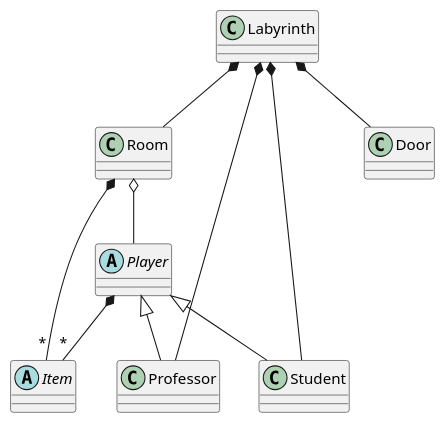
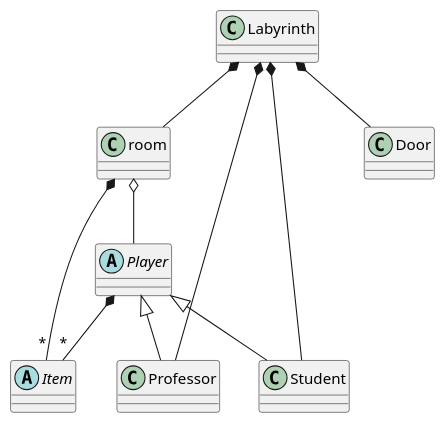
The diagram in docs/classdiagram.puml (jajecnikmarci/ProjLab), drawn with PlantUML before and after one commit. The commit also changed 17 other files, not shown here.

```diff
--- a/docs/classdiagram.puml
+++ b/docs/classdiagram.puml
@@ -1,38 +1,38 @@
 @startuml Main 
 ' !theme cerulean-outline
 
 
 class Labyrinth {
 
 }
-class Room {
+class room {
 }
 class Door {
 }
-Labyrinth *-- Room
+Labyrinth *-- room
 Labyrinth *-- Door
 
 abstract Item {
 
 }
 
 abstract Player {
 
 }
 class Professor extends Player {}
 class Student extends Player {}
 
 ' Relationships
 
-Room *-- "*" Item
+room *-- "*" Item
 Player  *-- "*" Item
 
 Labyrinth *-- Professor
 Labyrinth *--    Student
 
-Room o--  Player
+room o--  Player
 
 
 
 
 @enduml
```
